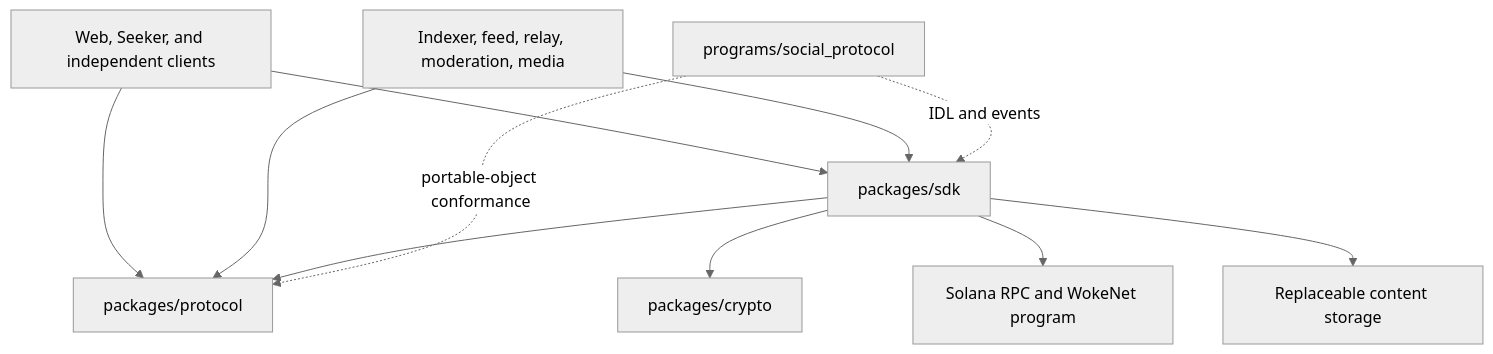
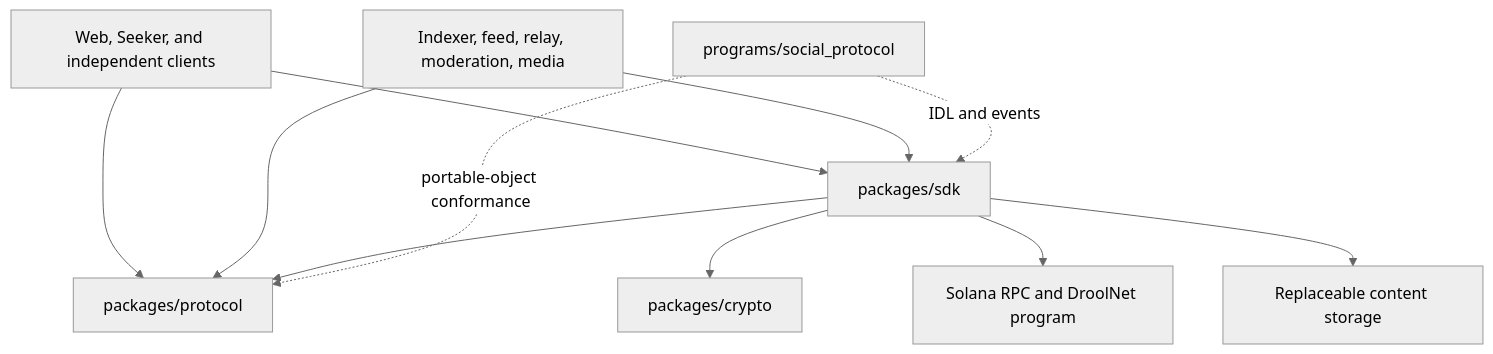
Before and after one commit to droolson/wetdrool: the first of 2 diagrams in docs/DEVELOPER_HANDOFF.md, drawn with Mermaid (neutral theme). The commit also changed other lines of this file and 588 other files, not shown here.

````diff
--- a/docs/DEVELOPER_HANDOFF.md
+++ b/docs/DEVELOPER_HANDOFF.md
@@ -161,13 +161,13 @@
 ```mermaid
 flowchart TD
   Clients["Web, Seeker, and independent clients"] --> SDK["packages/sdk"]
   Clients --> Protocol["packages/protocol"]
   Services["Indexer, feed, relay, moderation, media"] --> SDK
   Services --> Protocol
   SDK --> Protocol
   SDK --> Crypto["packages/crypto"]
-  SDK --> Solana["Solana RPC and WokeNet program"]
+  SDK --> Solana["Solana RPC and DroolNet program"]
   SDK --> Storage["Replaceable content storage"]
   Program["programs/social_protocol"] -. "IDL and events" .-> SDK
   Program -. "portable-object conformance" .-> Protocol
 ```
````
